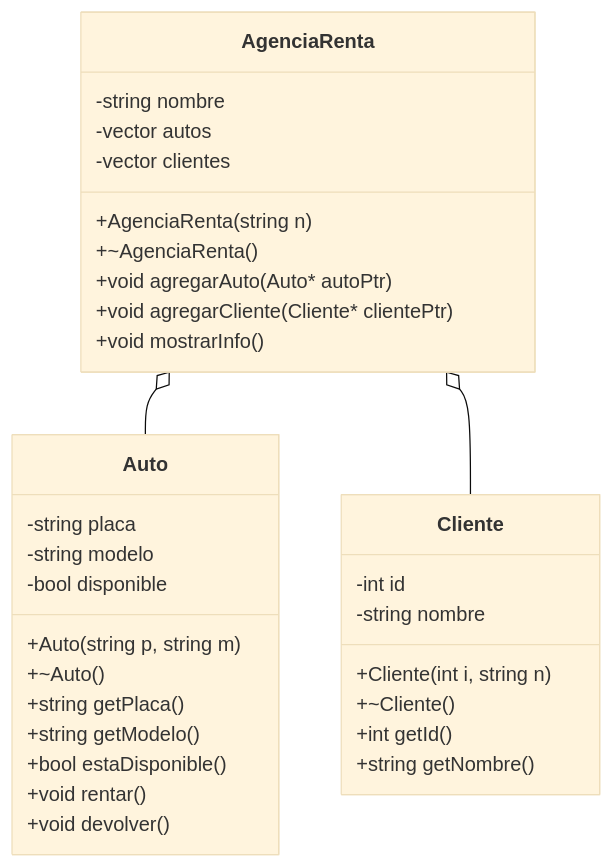
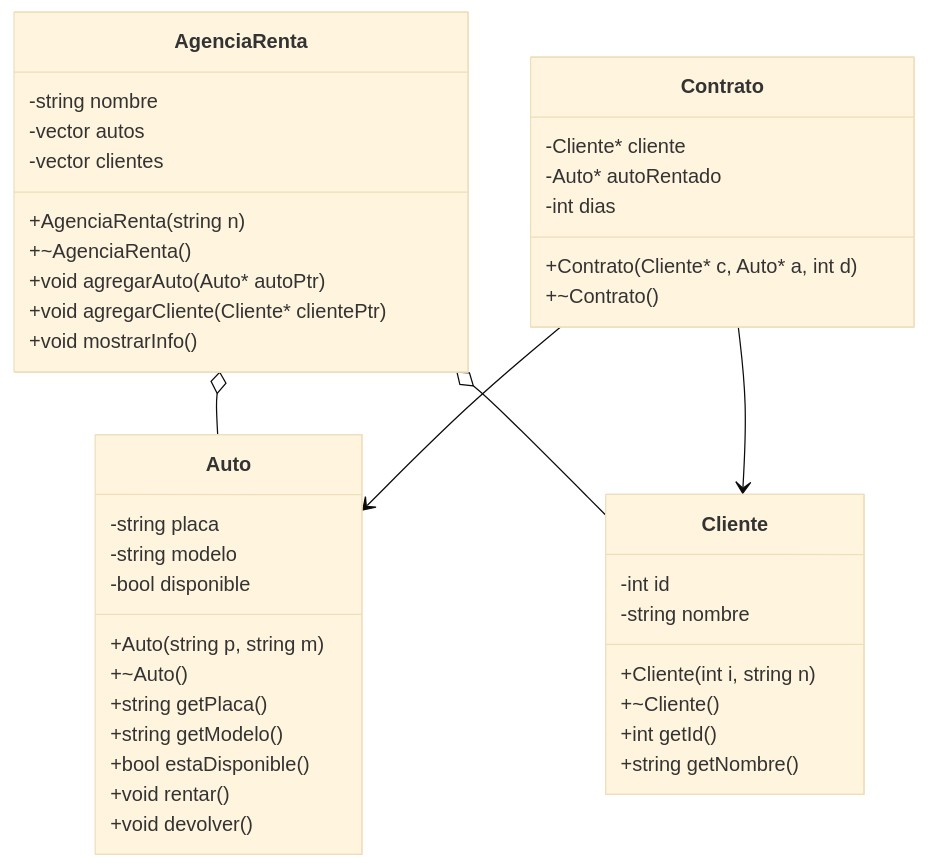
Before and after one commit to JuanEspinosa-design/ejerciciosUML: the diagram in ejercicio2Auto.md, drawn with Mermaid (base theme).

````diff
--- a/ejercicio2Auto.md
+++ b/ejercicio2Auto.md
@@ -1,39 +1,48 @@
 ```mermaid
 classDiagram
 
     class AgenciaRenta {
         -string nombre
         -vector<Auto*> autos
         -vector<Cliente*> clientes
         +AgenciaRenta(string n)
         +~AgenciaRenta()
         +void agregarAuto(Auto* autoPtr)
         +void agregarCliente(Cliente* clientePtr)
         +void mostrarInfo()
     }
 
     class Auto {
         -string placa
         -string modelo
         -bool disponible
         +Auto(string p, string m)
         +~Auto()
         +string getPlaca() 
         +string getModelo()
         +bool estaDisponible() 
         +void rentar()
         +void devolver()
     }
 
     class Cliente {
         -int id
         -string nombre
         +Cliente(int i, string n)
         +~Cliente()
         +int getId() 
         +string getNombre()
     }
 
+    class Contrato {
+        -Cliente* cliente
+        -Auto* autoRentado
+        -int dias
+        +Contrato(Cliente* c, Auto* a, int d)
+        +~Contrato()
+    }
     AgenciaRenta o-- Auto 
     AgenciaRenta o-- Cliente
+    Contrato --> Cliente 
+    Contrato --> Auto 
 ```
````
